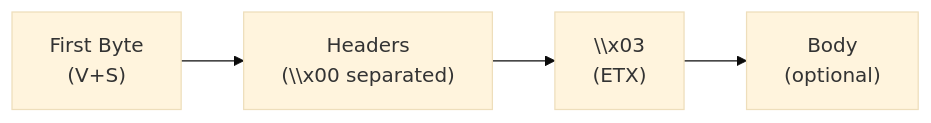
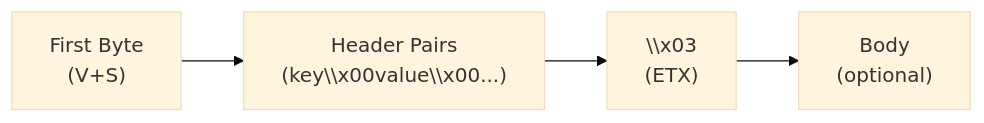
The fourth of 4 diagrams in docs/protocol-definition.md (qo-proto/qh), drawn with Mermaid (base theme) before and after one commit. The commit also changed other lines of this file and 13 other files, not shown here.

````diff
--- a/docs/protocol-definition.md
+++ b/docs/protocol-definition.md
@@ -540,6 +557,6 @@
 ```mermaid
 flowchart LR
-    A["First Byte<br/>(V+S)"] --> B["Headers<br/>(\\x00 separated)"]
+    A["First Byte<br/>(V+S)"] --> B["Header Pairs<br/>(key\\x00value\\x00...)"]
     B --> C["\\x03<br/>(ETX)"]
     C --> D["Body<br/>(optional)"]
 ```
````
